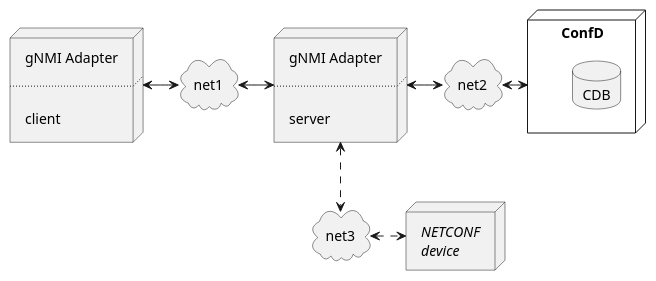
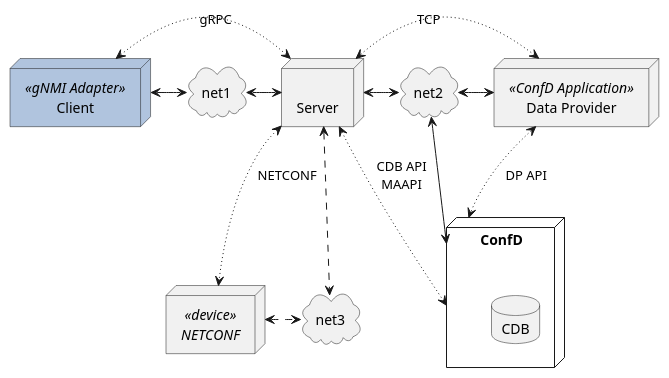
The diagram in confdgnmi/docs/deployment.puml (ConfD-Developer/ConfD-Demos), drawn with PlantUML before and after one commit. The commit also changed 26 other files, not shown here.

```diff
--- a/confdgnmi/docs/deployment.puml
+++ b/confdgnmi/docs/deployment.puml
@@ -1,41 +1,45 @@
 @startuml
 
-node gNMIClient [
-gNMI Adapter
-
-....
-
-client
+node gNMIClient <<gNMI Adapter>> [
+Client
 ]
 
 
-node gNMIServer [
-gNMI Adapter
+node gNMIServer <<<gNMI Adapter>> [
+Server
+]
 
-....
-
-server
-]
+skinparam node {
+backgroundColor<<gNMI Adapter>> lightsteelblue
+}
 
 node ConfD {
     database CDB
 }
 
+node DataProvider <<ConfD Application>> [
+Data Provider
+]
 
-node Netconf [
+node Netconf <<device>> [
 <i>NETCONF</i>
-<i>device</i>
 ]
 
 cloud net1
 cloud net2
 cloud net3
 
 gNMIClient <-ri-> net1
 net1 <-ri-> gNMIServer
 gNMIServer <-ri-> net2
 gNMIServer <.do.> net3
-net2 <-ri-> ConfD
-net3 <.ri.> Netconf
+gNMIClient <~ri~> gNMIServer:gRPC
+DataProvider <~le~> gNMIServer:TCP
+ConfD <~up~> DataProvider:DP API
+gNMIServer <~~> ConfD:CDB API\nMAAPI
+gNMIServer <~~> Netconf:NETCONF
+net2 <-up-> ConfD
+net2 <-ri-> DataProvider
+net3 <.le.> Netconf
 
 @enduml
```
